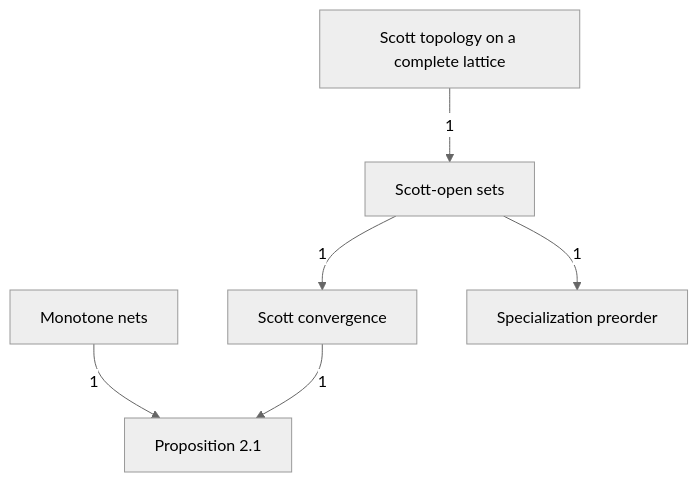
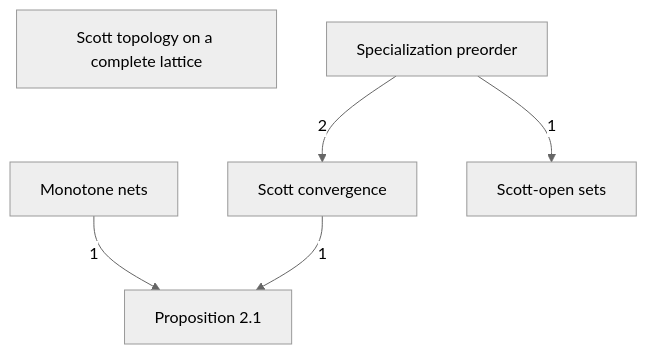
One commit to catskillsresearch/DomainTheory changed the diagram in DomainTheory/ContinuousLattice/Specialization/Specialization.mermaid. Above: the diagram before and after it, drawn with Mermaid (neutral theme). The commit also changed 44 other files, not shown here.

First line of the commit message:
Split Theorem 2.12 chain into peer notes and improve outline mermaid deps.

```diff
--- a/DomainTheory/ContinuousLattice/Specialization/Specialization.mermaid
+++ b/DomainTheory/ContinuousLattice/Specialization/Specialization.mermaid
@@ -1,21 +1,20 @@
 %% Notes of the specialization order, in outline order.
 %% Each box is one outline note from 1972_Specialization_order.md.
 %% Arrowhead on the importer. The number is a direct-import count.
 %% An arrow already implied by a longer path is omitted.
 flowchart TB
 
   MN["Monotone nets"]
   P21["Proposition 2.1"]
   SCT["Scott convergence"]
   STS["Scott topology on a complete lattice"]
   SO["Scott-open sets"]
   SLe["Specialization preorder"]
 
   MN -->|"1"| P21
   SCT -->|"1"| P21
-  SO -->|"1"| SCT
-  SO -->|"1"| SLe
-  STS -->|"1"| SO
+  SLe -->|"2"| SCT
+  SLe -->|"1"| SO
 
   classDef file fill:#dbeafe,stroke:#1d4ed8,color:#1e3a8a
   classDef ext fill:#f3f4f6,stroke:#374151,color:#111827
```
